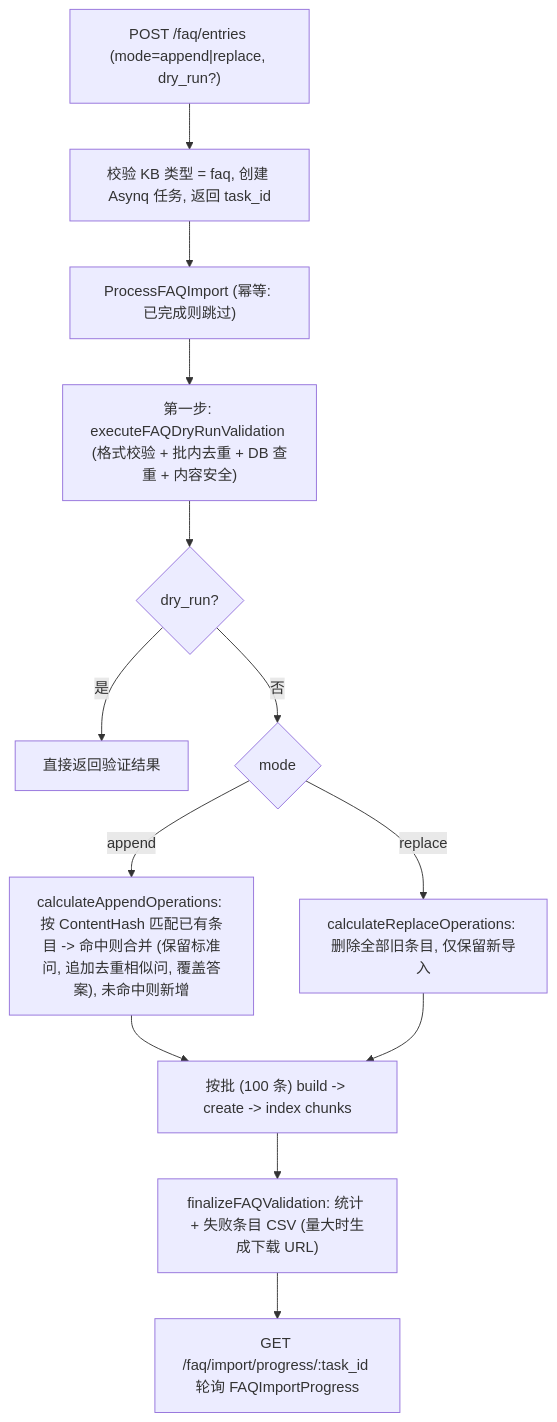
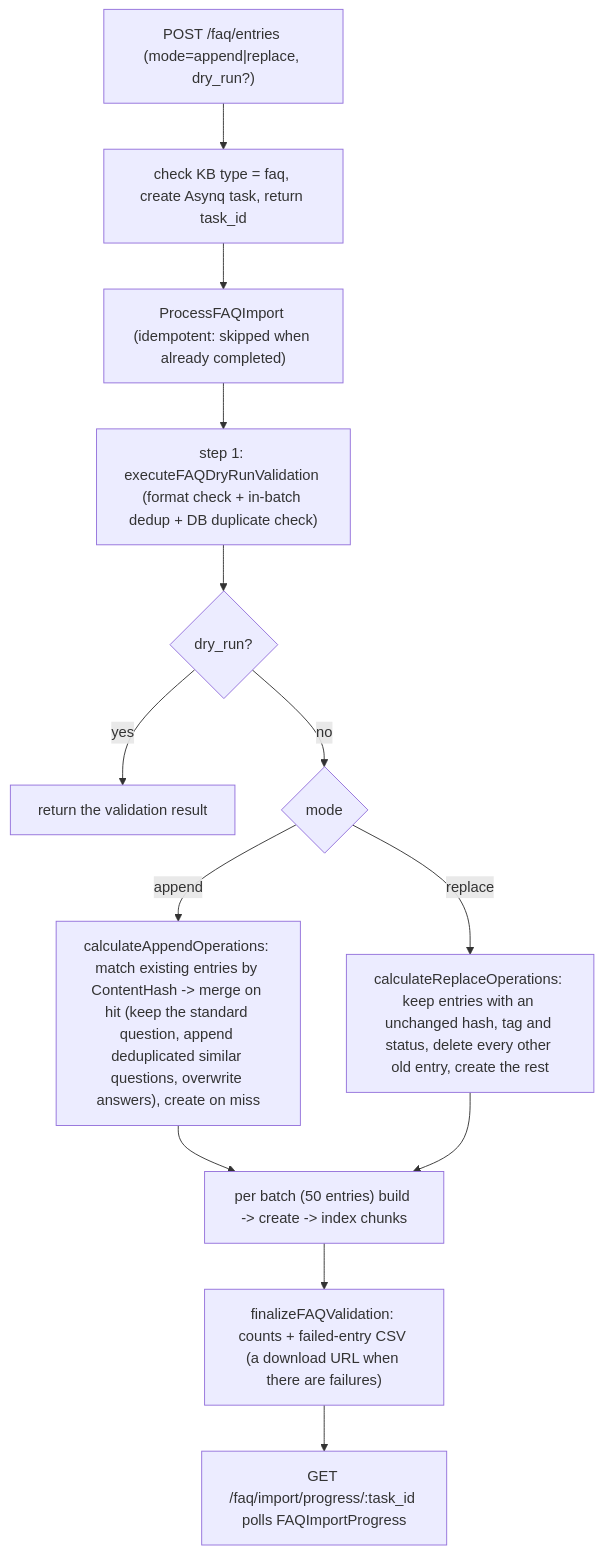
One commit to jrmatherly/ai-kb changed the first of 2 diagrams in website-docs/03-features/17-faq.md. Above: the diagram before and after it, drawn with Mermaid. The commit also changed other lines of this file and 5 other files, not shown here.

First line of the commit message:
docs(features): translate batch 3 (web search, IM integration, embed channel, Wiki, FAQ)

````diff
--- a/website-docs/03-features/17-faq.md
+++ b/website-docs/03-features/17-faq.md
@@ -48,15 +50,15 @@
 ```mermaid
 flowchart TB
-    A["POST /faq/entries (mode=append|replace, dry_run?)"] --> B["校验 KB 类型 = faq, 创建 Asynq 任务, 返回 task_id"]
-    B --> C["ProcessFAQImport (幂等: 已完成则跳过)"]
-    C --> D["第一步: executeFAQDryRunValidation (格式校验 + 批内去重 + DB 查重 + 内容安全)"]
+    A["POST /faq/entries (mode=append|replace, dry_run?)"] --> B["check KB type = faq, create Asynq task, return task_id"]
+    B --> C["ProcessFAQImport (idempotent: skipped when already completed)"]
+    C --> D["step 1: executeFAQDryRunValidation (format check + in-batch dedup + DB duplicate check)"]
     D --> E{"dry_run?"}
-    E -- "是" --> F["直接返回验证结果"]
-    E -- "否" --> G{"mode"}
-    G -- "append" --> H["calculateAppendOperations: 按 ContentHash 匹配已有条目 -> 命中则合并 (保留标准问, 追加去重相似问, 覆盖答案), 未命中则新增"]
-    G -- "replace" --> I["calculateReplaceOperations: 删除全部旧条目, 仅保留新导入"]
-    H --> J["按批 (100 条) build -> create -> index chunks"]
+    E -- "yes" --> F["return the validation result"]
+    E -- "no" --> G{"mode"}
+    G -- "append" --> H["calculateAppendOperations: match existing entries by ContentHash -> merge on hit (keep the standard question, append deduplicated similar questions, overwrite answers), create on miss"]
+    G -- "replace" --> I["calculateReplaceOperations: keep entries with an unchanged hash, tag and status, delete every other old entry, create the rest"]
+    H --> J["per batch (50 entries) build -> create -> index chunks"]
     I --> J
-    J --> K["finalizeFAQValidation: 统计 + 失败条目 CSV (量大时生成下载 URL)"]
-    K --> L["GET /faq/import/progress/:task_id 轮询 FAQImportProgress"]
+    J --> K["finalizeFAQValidation: counts + failed-entry CSV (a download URL when there are failures)"]
+    K --> L["GET /faq/import/progress/:task_id polls FAQImportProgress"]
 ```
````
